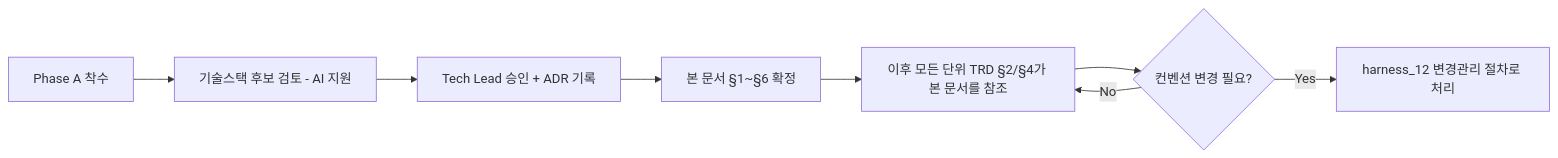
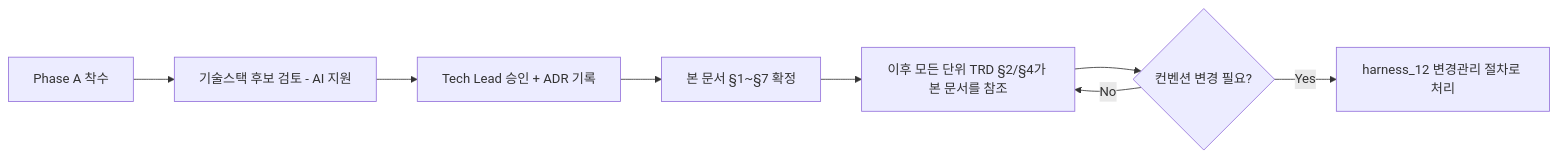
The diagram in harness/harness_13_tech_conventions.md (jcs19752510-ui/HARNESS_BASIC), drawn with Mermaid before and after one commit. The commit also changed other lines of this file and 13 other files, not shown here.

````diff
--- a/harness/harness_13_tech_conventions.md
+++ b/harness/harness_13_tech_conventions.md
@@ -41,10 +53,10 @@
 ```mermaid
 flowchart LR
     A[Phase A 착수] --> B[기술스택 후보 검토 - AI 지원]
     B --> C[Tech Lead 승인 + ADR 기록]
-    C --> D[본 문서 §1~§6 확정]
+    C --> D[본 문서 §1~§7 확정]
     D --> E[이후 모든 단위 TRD §2/§4가 본 문서를 참조]
     E --> F{컨벤션 변경 필요?}
     F -- Yes --> G[harness_12 변경관리 절차로 처리]
     F -- No --> E
 ```
````
